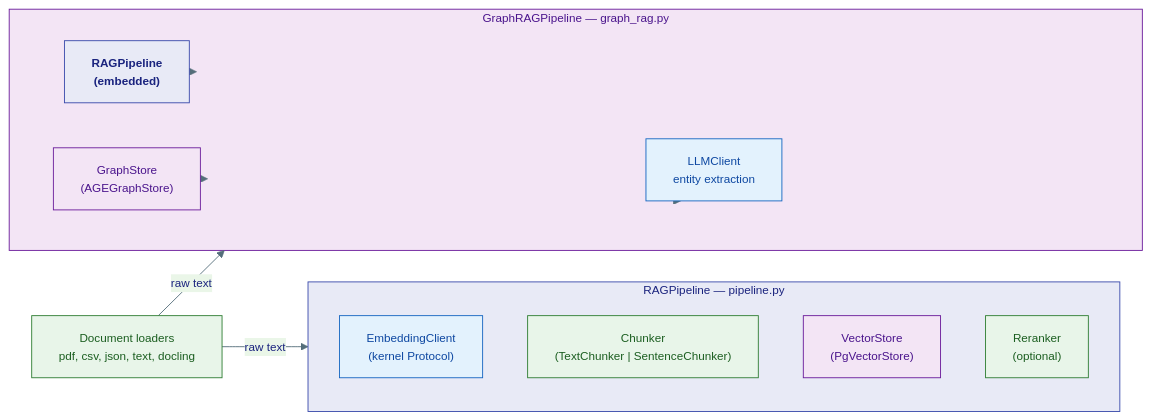
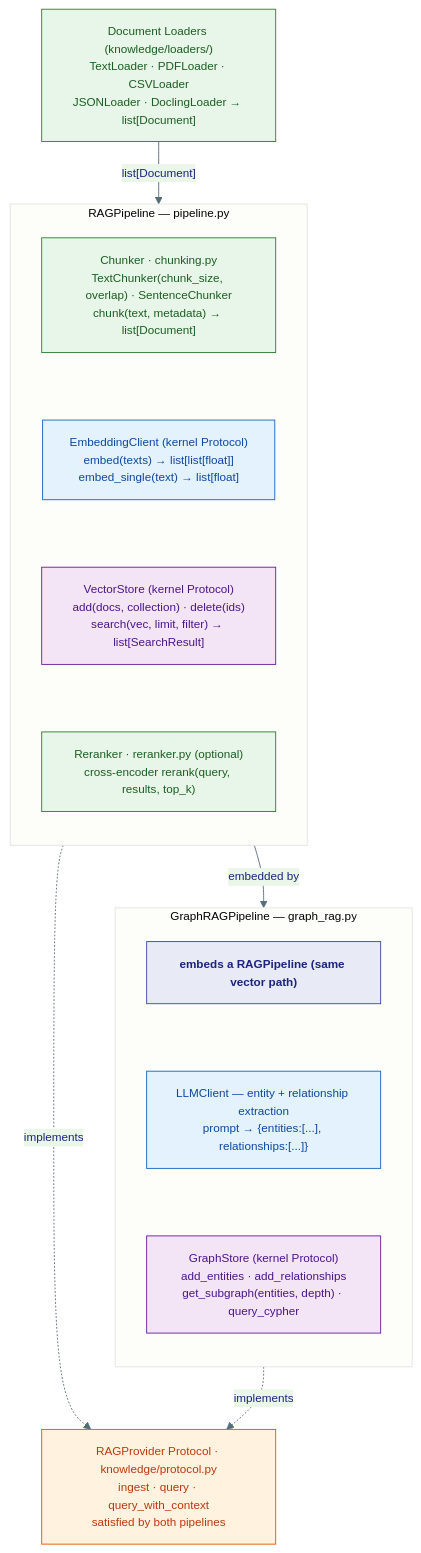
The first of 3 diagrams in agents/agent-substrate/docs/capabilities/04-knowledge-rag.md (Ravikumarchavva/agent-substrate), drawn with Mermaid before and after one commit. The commit also changed other lines of this file and 10 other files, not shown here.

First line of the commit message:
Refactor documentation diagrams and enhance Mermaid integration

````diff
--- a/agents/agent-substrate/docs/capabilities/04-knowledge-rag.md
+++ b/agents/agent-substrate/docs/capabilities/04-knowledge-rag.md
@@ -7,31 +7,35 @@
 ```mermaid
 %%{init: {'theme': 'base', 'themeVariables': {'primaryColor': '#E8EAF6','primaryTextColor': '#1A237E','primaryBorderColor': '#3949AB','lineColor': '#546E7A','fontSize': '13px'}}}%%
-flowchart LR
-    classDef pipe fill:#E8EAF6,stroke:#3949AB,color:#1A237E,font-weight:bold
-    classDef comp fill:#E8F5E9,stroke:#2E7D32,color:#1B5E20
+flowchart TB
+    classDef pipe  fill:#E8EAF6,stroke:#3949AB,color:#1A237E,font-weight:bold
+    classDef comp  fill:#E8F5E9,stroke:#2E7D32,color:#1B5E20
     classDef store fill:#F3E5F5,stroke:#6A1B9A,color:#4A148C
     classDef llm   fill:#E3F2FD,stroke:#1565C0,color:#0D47A1
+    classDef proto fill:#FFF3E0,stroke:#E65100,color:#BF360C
+
+    LOADERS["Document Loaders (knowledge/loaders/)<br/>TextLoader · PDFLoader · CSVLoader<br/>JSONLoader · DoclingLoader → list[Document]"]:::comp
 
     subgraph RAG["RAGPipeline — pipeline.py"]
-        style RAG fill:#E8EAF6,stroke:#3949AB,color:#1A237E
-        EMB["EmbeddingClient\n(kernel Protocol)"]:::llm
-        CHUNK["Chunker\n(TextChunker | SentenceChunker)"]:::comp
-        VS["VectorStore\n(PgVectorStore)"]:::store
-        RNK["Reranker\n(optional)"]:::comp
+        direction TB
+        CHUNK["Chunker · chunking.py<br/>TextChunker(chunk_size, overlap) · SentenceChunker<br/>chunk(text, metadata) → list[Document]"]:::comp
+        EMB["EmbeddingClient (kernel Protocol)<br/>embed(texts) → list[list[float]]<br/>embed_single(text) → list[float]"]:::llm
+        VS["VectorStore (kernel Protocol)<br/>add(docs, collection) · delete(ids)<br/>search(vec, limit, filter) → list[SearchResult]"]:::store
+        RNK["Reranker · reranker.py (optional)<br/>cross-encoder rerank(query, results, top_k)"]:::comp
+        CHUNK ~~~ EMB ~~~ VS ~~~ RNK
     end
 
     subgraph GRAG["GraphRAGPipeline — graph_rag.py"]
-        style GRAG fill:#F3E5F5,stroke:#6A1B9A,color:#4A148C
-        RAG2["RAGPipeline\n(embedded)"]:::pipe
-        GS["GraphStore\n(AGEGraphStore)"]:::store
-        GLLM["LLMClient\nentity extraction"]:::llm
+        direction TB
+        RAG2["embeds a RAGPipeline (same vector path)"]:::pipe
+        GLLM["LLMClient — entity + relationship extraction<br/>prompt → {entities:[...], relationships:[...]}"]:::llm
+        GS["GraphStore (kernel Protocol)<br/>add_entities · add_relationships<br/>get_subgraph(entities, depth) · query_cypher"]:::store
+        RAG2 ~~~ GLLM ~~~ GS
     end
 
-    DOC["Document loaders\npdf, csv, json, text, docling"]:::comp
+    PROTO["RAGProvider Protocol · knowledge/protocol.py<br/>ingest · query · query_with_context<br/>satisfied by both pipelines"]:::proto
 
-    DOC -->|"raw text"| RAG
-    DOC -->|"raw text"| GRAG
-    RAG2 --> GRAG
-    GLLM --> GRAG
-    GS --> GRAG
+    LOADERS -->|"list[Document]"| RAG
+    RAG -->|"embedded by"| GRAG
+    RAG -.->|"implements"| PROTO
+    GRAG -.->|"implements"| PROTO
 ```
````
